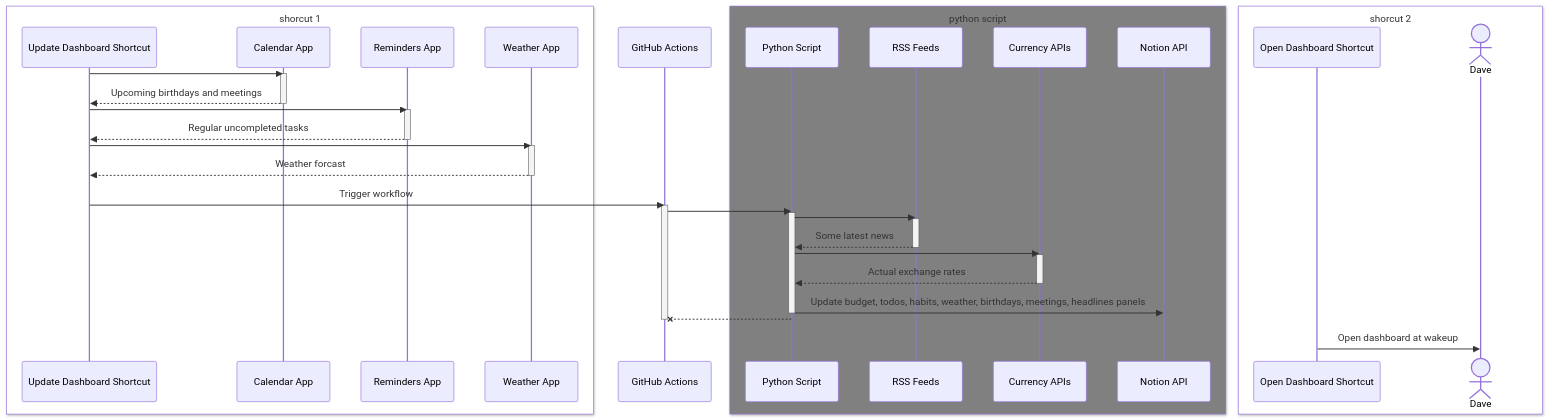
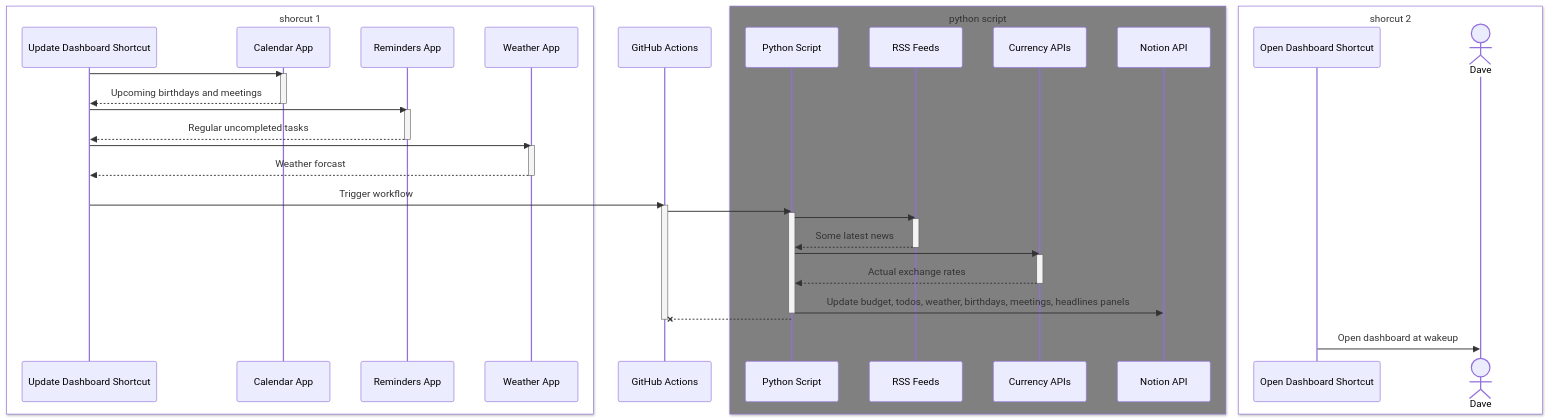
Before and after one commit to daverbk/shortcuts: the diagram in .github/readme.md, drawn with Mermaid. The commit also changed 5 other files, not shown here.

Commit message:
Replace meetings text with a timeline database

````diff
--- a/.github/readme.md
+++ b/.github/readme.md
@@ -10,56 +10,56 @@
 ```mermaid
 sequenceDiagram
   box white shorcut 1
   participant Shortcut1 as Update Dashboard Shortcut
   participant CalendarApp as Calendar App
   participant RemindersApp as Reminders App
   participant WeatherApp as Weather App
   end
   
   participant GitHubActions as GitHub Actions
   
   box grey python script 
   participant PythonScript as Python Script
   participant RSSFeeds as RSS Feeds
   participant CurrencyAPIs as Currency APIs
   participant NotionAPI as Notion API 
   end
   
   box white shorcut 2
   participant Shortcut2 as Open Dashboard Shortcut
   actor Dave
   end
   
   Shortcut1 ->> CalendarApp: 
   activate CalendarApp
   CalendarApp -->> Shortcut1: Upcoming birthdays and meetings
   deactivate CalendarApp
   Shortcut1 ->> RemindersApp: 
   activate RemindersApp
   RemindersApp -->> Shortcut1: Regular uncompleted tasks 
   deactivate RemindersApp
   Shortcut1 ->> WeatherApp: 
   activate WeatherApp
   WeatherApp -->> Shortcut1: Weather forcast
   deactivate WeatherApp
   
   Shortcut1 ->> GitHubActions: Trigger workflow
   activate GitHubActions
   
   GitHubActions ->> PythonScript: 
   activate PythonScript
   PythonScript ->> RSSFeeds: 
   activate RSSFeeds
   RSSFeeds -->> PythonScript: Some latest news
   deactivate RSSFeeds
   PythonScript ->> CurrencyAPIs: 
   activate CurrencyAPIs
   CurrencyAPIs -->> PythonScript: Actual exchange rates
   deactivate CurrencyAPIs
-  PythonScript ->> NotionAPI: Update budget, todos, habits, weather, birthdays, meetings, headlines panels
+  PythonScript ->> NotionAPI: Update budget, todos, weather, birthdays, meetings, headlines panels
   deactivate PythonScript
   PythonScript --x GitHubActions: 
   deactivate GitHubActions
   
   Shortcut2->>Dave: Open dashboard at wakeup
 ```
````
